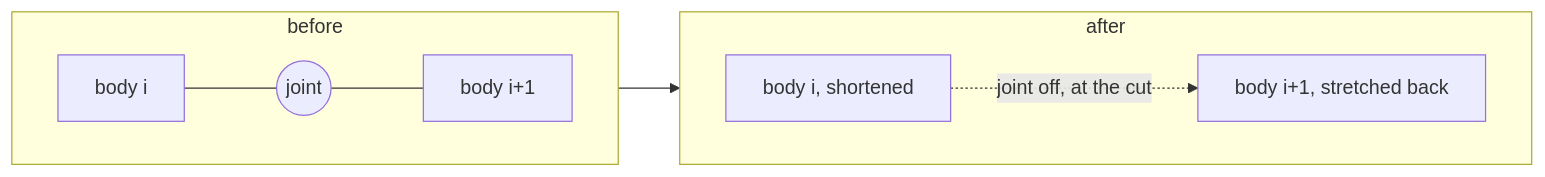
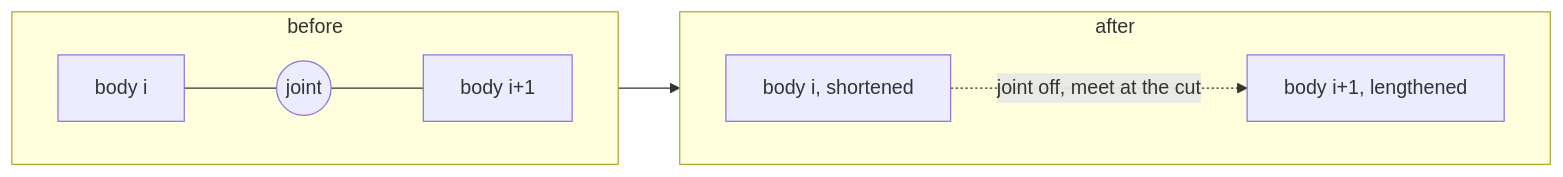
One commit to azazdeaz/misina-lab changed the diagram in crates/misina-lab/docs/cutting.md. Above: the diagram before and after it, drawn with Mermaid. The commit also changed other lines of this file and 16 other files, not shown here.

````diff
--- a/crates/misina-lab/docs/cutting.md
+++ b/crates/misina-lab/docs/cutting.md
@@ -99,12 +116,12 @@
 ```mermaid
 flowchart LR
   subgraph before
     direction LR
     a1[body i] --- j1((joint)) --- b1[body i+1]
   end
   subgraph after
     direction LR
-    a2[body i, shortened] -.->|joint off, at the cut| b2[body i+1, stretched back]
+    a2[body i, shortened] -.->|joint off, meet at the cut| b2[body i+1, lengthened]
   end
   before --> after
 ```
````
